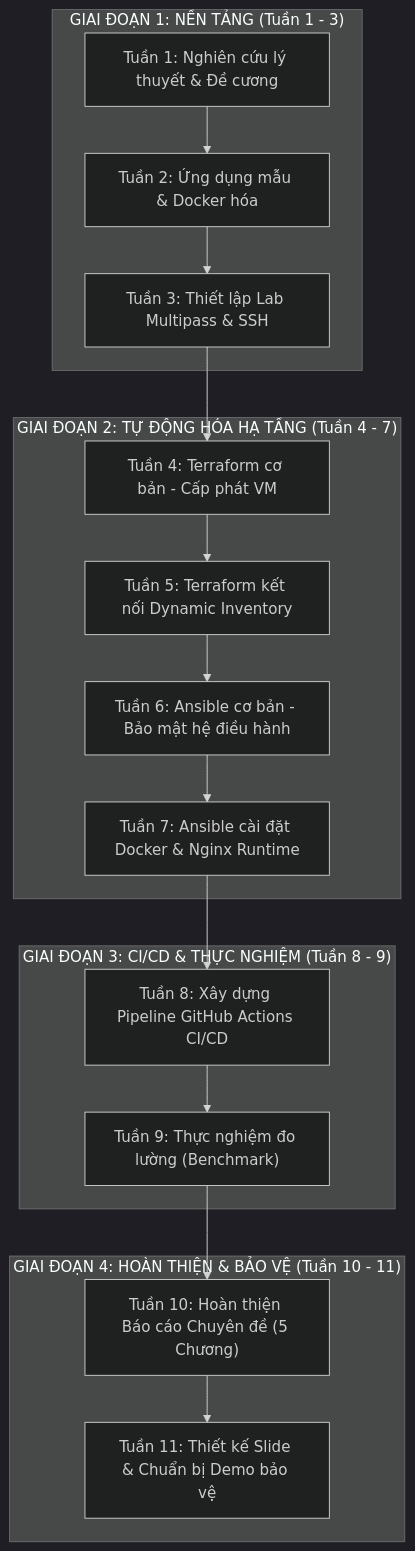
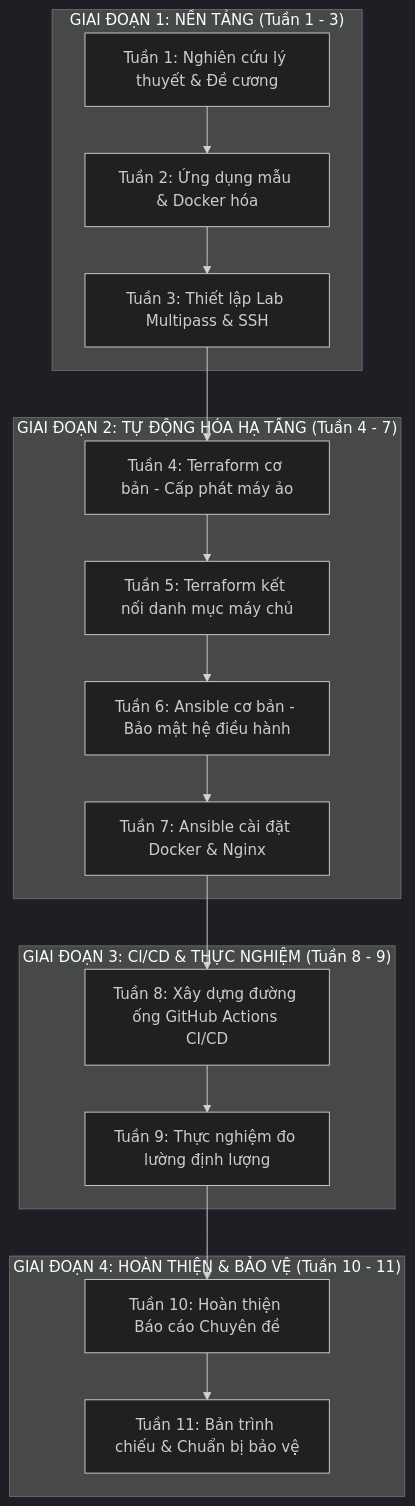
The second of 2 diagrams in README.md (pvduy23052005/cse408-software-engineering-special-topic), drawn with Mermaid (dark theme) before and after one commit. The commit also changed other lines of this file and 6 other files, not shown here.

````diff
--- a/README.md
+++ b/README.md
@@ -128,33 +133,33 @@
 ```mermaid
 flowchart TD
     subgraph Phase1["GIAI ĐOẠN 1: NỀN TẢNG (Tuần 1 - 3)"]
         W1["Tuần 1: Nghiên cứu lý thuyết & Đề cương"]
         W2["Tuần 2: Ứng dụng mẫu & Docker hóa"]
         W3["Tuần 3: Thiết lập Lab Multipass & SSH"]
         W1 --> W2 --> W3
     end
 
     subgraph Phase2["GIAI ĐOẠN 2: TỰ ĐỘNG HÓA HẠ TẦNG (Tuần 4 - 7)"]
-        W4["Tuần 4: Terraform cơ bản - Cấp phát VM"]
-        W5["Tuần 5: Terraform kết nối Dynamic Inventory"]
+        W4["Tuần 4: Terraform cơ bản - Cấp phát máy ảo"]
+        W5["Tuần 5: Terraform kết nối danh mục máy chủ"]
         W6["Tuần 6: Ansible cơ bản - Bảo mật hệ điều hành"]
-        W7["Tuần 7: Ansible cài đặt Docker & Nginx Runtime"]
+        W7["Tuần 7: Ansible cài đặt Docker & Nginx"]
         W4 --> W5 --> W6 --> W7
     end
 
     subgraph Phase3["GIAI ĐOẠN 3: CI/CD & THỰC NGHIỆM (Tuần 8 - 9)"]
-        W8["Tuần 8: Xây dựng Pipeline GitHub Actions CI/CD"]
-        W9["Tuần 9: Thực nghiệm đo lường (Benchmark)"]
+        W8["Tuần 8: Xây dựng đường ống GitHub Actions CI/CD"]
+        W9["Tuần 9: Thực nghiệm đo lường định lượng"]
         W8 --> W9
     end
 
     subgraph Phase4["GIAI ĐOẠN 4: HOÀN THIỆN & BẢO VỆ (Tuần 10 - 11)"]
-        W10["Tuần 10: Hoàn thiện Báo cáo Chuyên đề (5 Chương)"]
-        W11["Tuần 11: Thiết kế Slide & Chuẩn bị Demo bảo vệ"]
+        W10["Tuần 10: Hoàn thiện Báo cáo Chuyên đề"]
+        W11["Tuần 11: Bản trình chiếu & Chuẩn bị bảo vệ"]
         W10 --> W11
     end
 
     W3 --> W4
     W7 --> W8
     W9 --> W10
 ```
````
